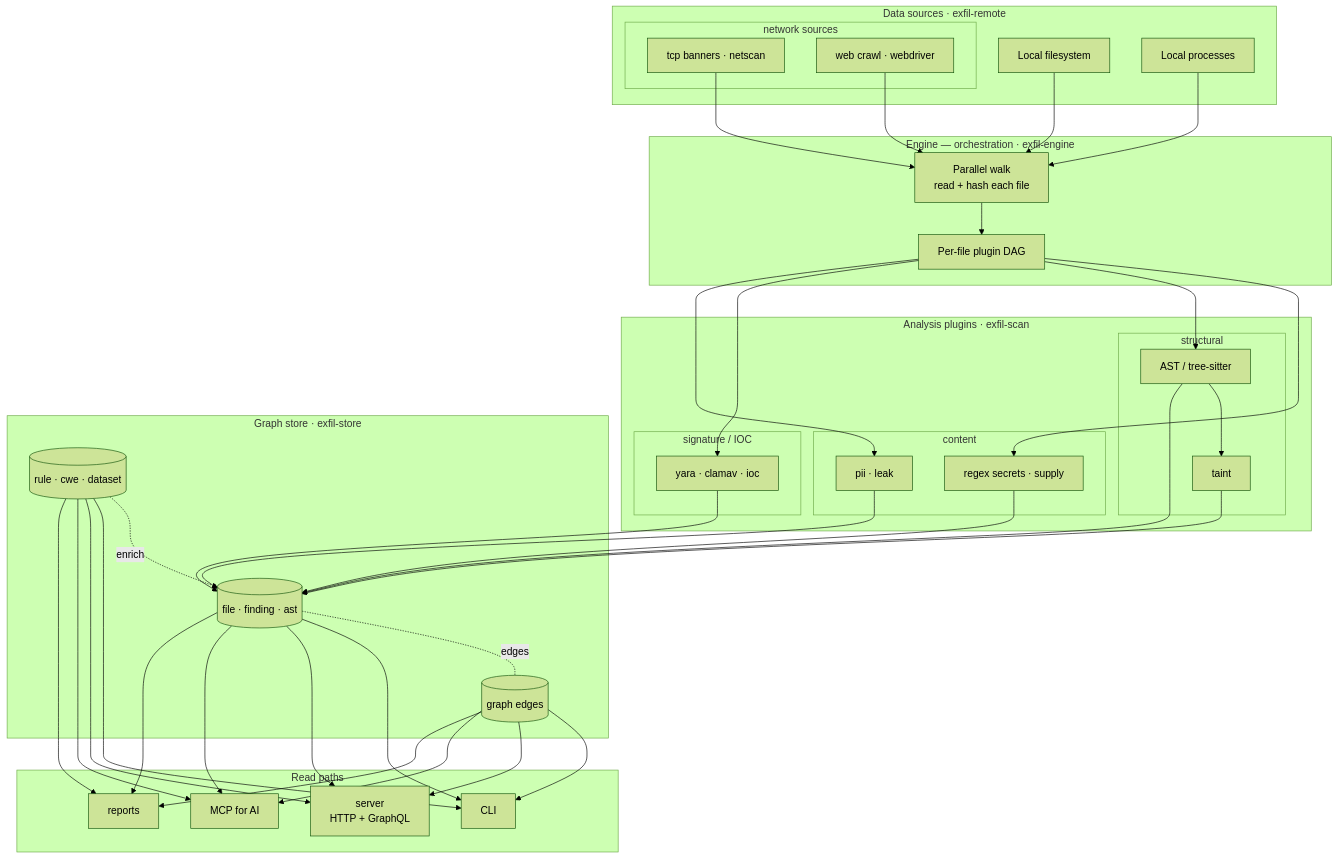
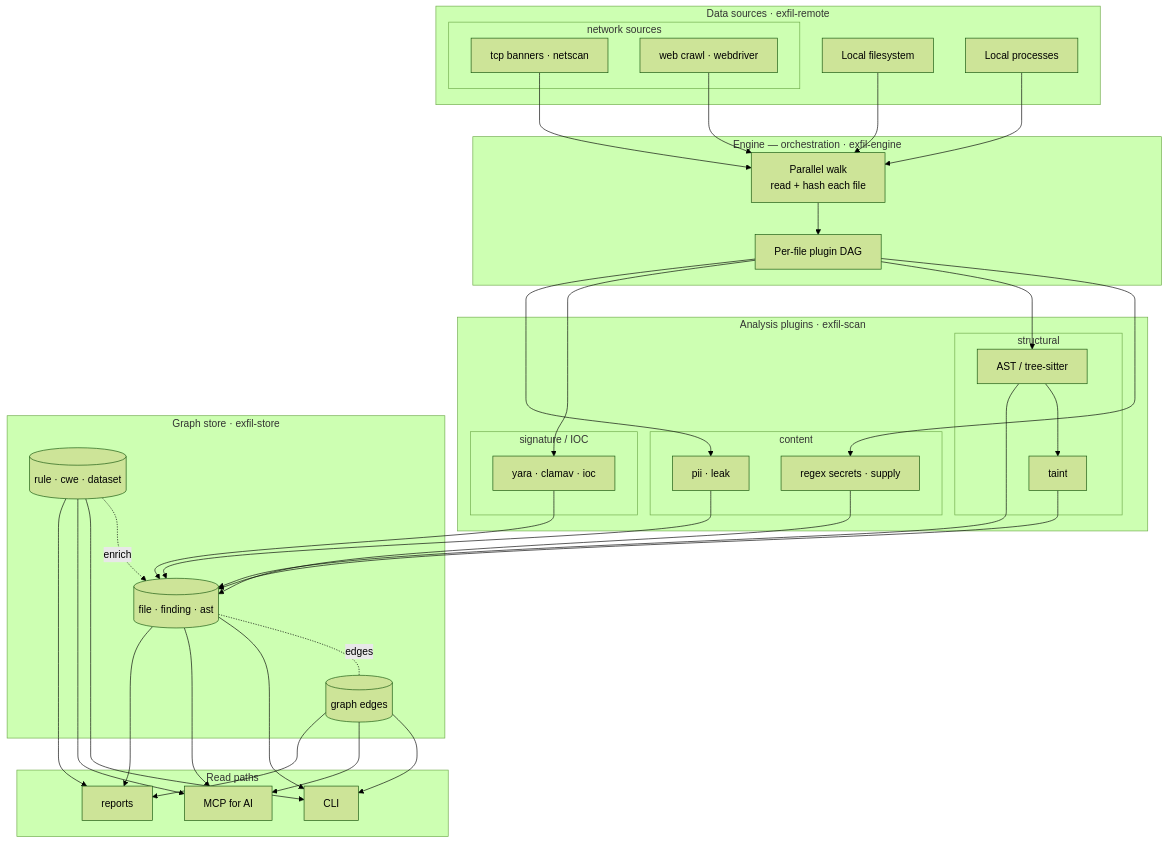
One commit to rangertaha/exfil changed the diagram in docs/src/architecture/README.md. Above: the diagram before and after it, drawn with Mermaid (forest theme). The commit also changed 17 other files, not shown here.

First line of the commit message:
refactor(cli): remove the HTTP/GraphQL API; the app serves its own

````diff
--- a/docs/src/architecture/README.md
+++ b/docs/src/architecture/README.md
@@ -48,49 +48,48 @@
 ```mermaid
 flowchart TD
     subgraph Input["Data sources · exfil-remote"]
         FS[Local filesystem]
         PROC[Local processes]
         subgraph NetSrc["network sources"]
             TCP[tcp banners · netscan]
             WEBSRC[web crawl · webdriver]
         end
     end
     subgraph Eng["Engine — orchestration · exfil-engine"]
         WALK[Parallel walk<br/>read + hash each file]
         PIPE[Per-file plugin DAG]
     end
     subgraph Plugins["Analysis plugins · exfil-scan"]
         subgraph Content["content"]
             REGEX[regex secrets · supply]
             PII[pii · leak]
         end
         subgraph Structural["structural"]
             AST[AST / tree-sitter]
             TAINT[taint]
         end
         subgraph Sig["signature / IOC"]
             MORE[yara · clamav · ioc]
         end
     end
     subgraph Store["Graph store · exfil-store"]
         FILES[(file · finding · ast)]
         REF[(rule · cwe · dataset)]
         EDGES[(graph edges)]
     end
     subgraph Out["Read paths"]
         CLI[CLI]
-        SERVER[server<br/>HTTP + GraphQL]
         MCP[MCP for AI]
         REP[reports]
     end
 
     FS --> WALK
     PROC & TCP & WEBSRC --> WALK
     WALK --> PIPE
     PIPE --> REGEX & AST & MORE & PII
     AST --> TAINT
     REGEX & AST & TAINT & MORE & PII --> FILES
     FILES -.edges.- EDGES
     REF -. enrich .-> FILES
-    FILES & REF & EDGES --> CLI & SERVER & MCP & REP
+    FILES & REF & EDGES --> CLI & MCP & REP
 ```
````
